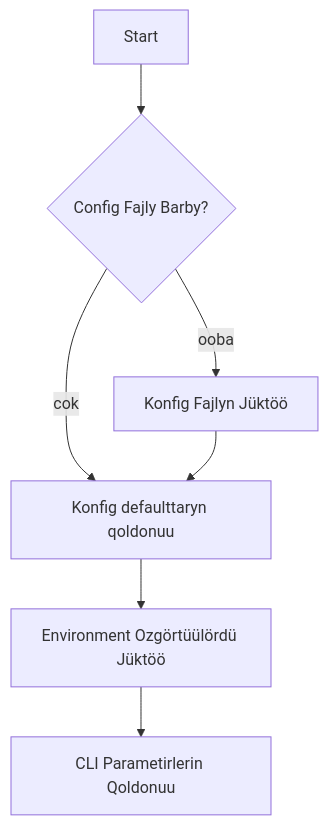
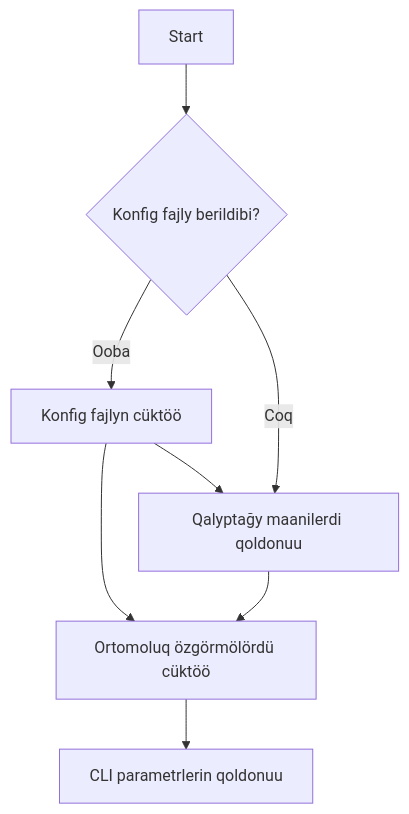
The first of 2 diagrams in docs/qy/developer-guide.md (sultaniman/kpow), drawn with Mermaid before and after one commit. The commit also changed other lines of this file and 17 other files, not shown here.

````diff
--- a/docs/qy/developer-guide.md
+++ b/docs/qy/developer-guide.md
@@ -34,9 +47,10 @@
 ```mermaid
 flowchart TD
-    A[Start] --> B{Config Fajly Barby?}
-    B -- ooba --> C[Konfig Fajlyn Jüktöö]
-    B -- cok --> D[Konfig defaulttaryn qoldonuu]
+    A[Start] --> B{Konfig fajly berildibi?}
+    B -- Ooba --> C[Konfig fajlyn cüktöö]
+    B -- Coq --> D[Qalyptağy maanilerdi qoldonuu]
+    C --> E[Ortomoluq özgörmölördü cüktöö]
     C --> D
-    D --> E[Environment Ozgörtüülördü Jüktöö]
-    E --> F[CLI Parametirlerin Qoldonuu]
+    D --> E
+    E --> F[CLI parametrlerin qoldonuu]
 ```
````
